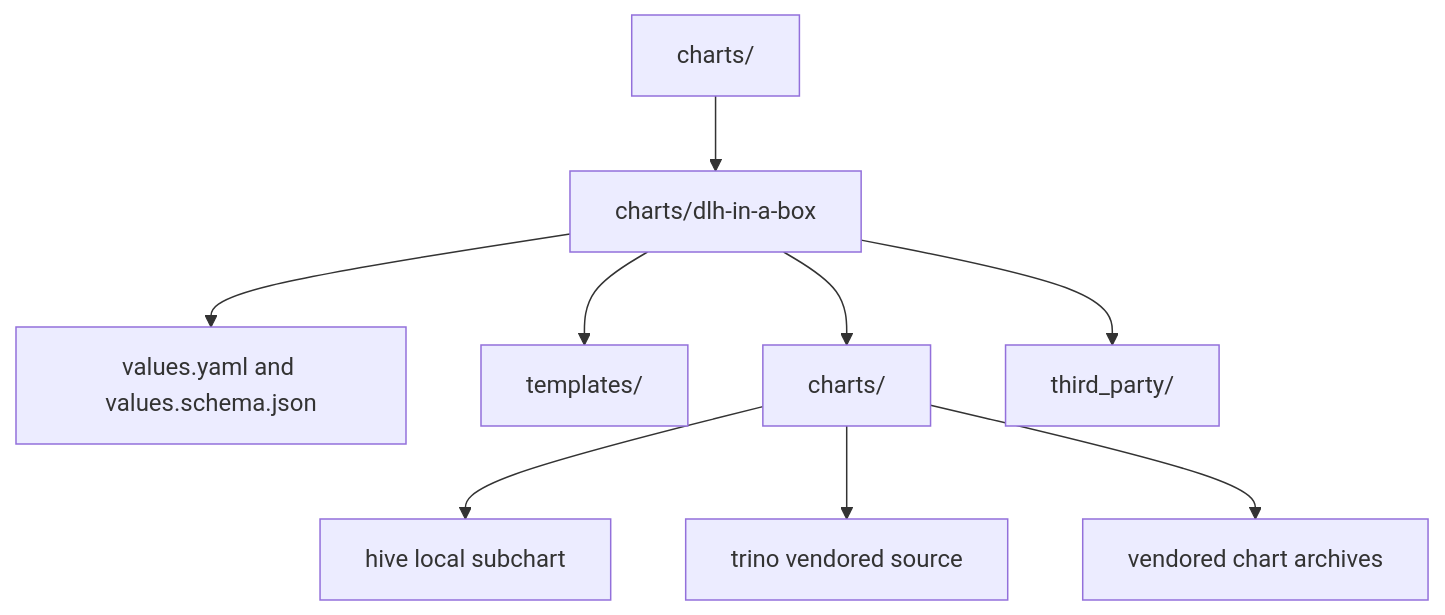
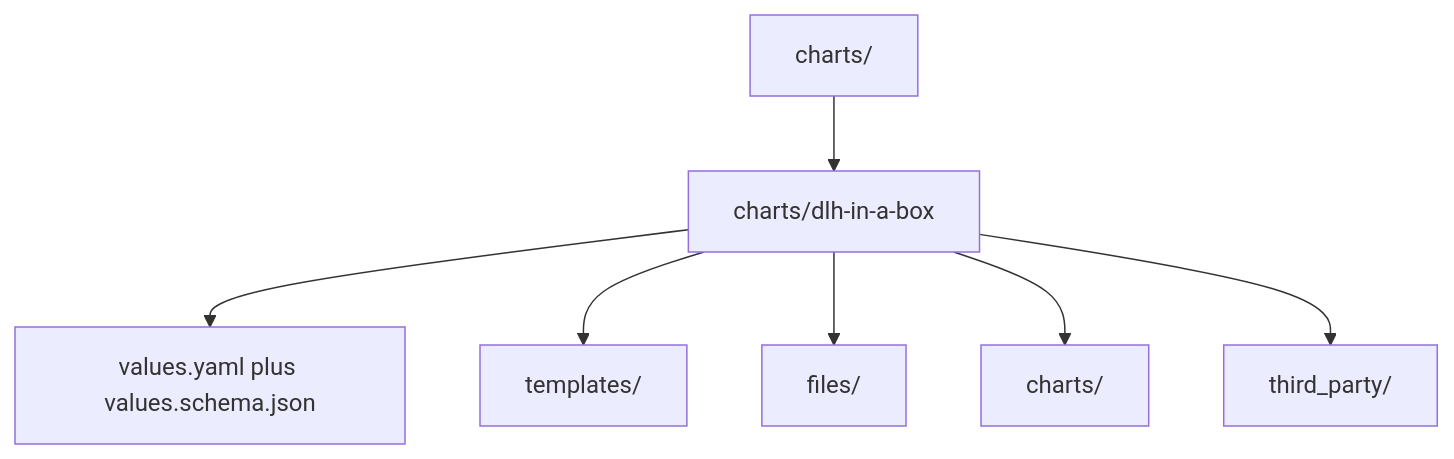
The diagram in charts/README.md (sanger-pathogens/dlh-in-a-box-umbrella-helm-chart), drawn with Mermaid before and after one commit. The commit also changed other lines of this file and 27 other files, not shown here.

Commit message:
Rewrite and simplify chart documentation

````diff
--- a/charts/README.md
+++ b/charts/README.md
@@ -8,11 +13,9 @@
 ```mermaid
 flowchart TD
   Charts[charts/] --> Umbrella[charts/dlh-in-a-box]
-  Umbrella --> Values[values.yaml and values.schema.json]
+  Umbrella --> Values[values.yaml plus values.schema.json]
   Umbrella --> Templates[templates/]
+  Umbrella --> Files[files/]
   Umbrella --> Subcharts[charts/]
   Umbrella --> Notices[third_party/]
-  Subcharts --> Hive[hive local subchart]
-  Subcharts --> Trino[trino vendored source]
-  Subcharts --> Archives[vendored chart archives]
 ```
````
